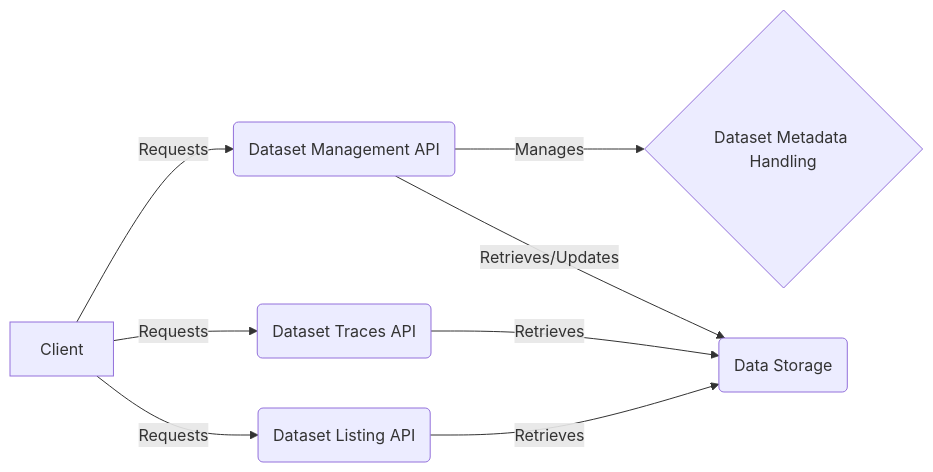
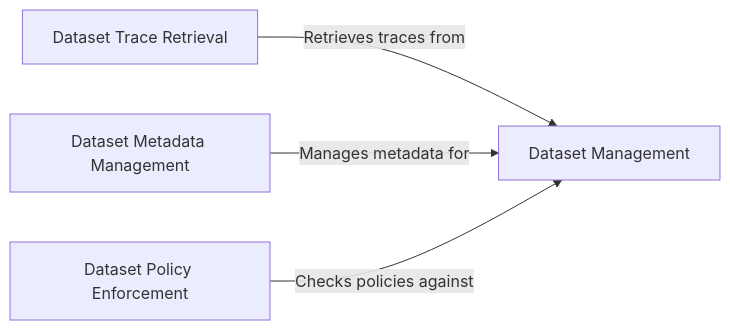
The diagram in explorer/on_boarding.md (CodeBoarding/GeneratedOnBoardings), drawn with Mermaid before and after one commit. The commit also changed other lines of this file and 8 other files, not shown here.

````diff
--- a/explorer/on_boarding.md
+++ b/explorer/on_boarding.md
@@ -5,17 +1,14 @@
 ```mermaid
 graph LR
-    A["Client"] -- Requests --> B("Dataset Management API")
-    B -- Manages --> C{"Dataset Metadata Handling"}
-    B -- Retrieves/Updates --> D("Data Storage")
-    A -- Requests --> E("Dataset Traces API")
-    E -- Retrieves --> D
-    A -- Requests --> F("Dataset Listing API")
-    F -- Retrieves --> D
-
-click A href "https://github.com/CodeBoarding/GeneratedOnBoardings/blob/main/explorer//README.md"
-click B href "https://github.com/CodeBoarding/GeneratedOnBoardings/blob/main/explorer//Dataset%20Management%20API.md"
-click C href "https://github.com/CodeBoarding/GeneratedOnBoardings/blob/main/explorer//Dataset%20Metadata%20Handling.md"
-click D href "https://github.com/CodeBoarding/GeneratedOnBoardings/blob/main/explorer//README.md"
-click E href "https://github.com/CodeBoarding/GeneratedOnBoardings/blob/main/explorer//Dataset%20Traces%20API.md"
-click F href "https://github.com/CodeBoarding/GeneratedOnBoardings/blob/main/explorer//Dataset%20Listing%20API.md"
+    Dataset_Management["Dataset Management"]
+    Dataset_Trace_Retrieval["Dataset Trace Retrieval"]
+    Dataset_Metadata_Management["Dataset Metadata Management"]
+    Dataset_Policy_Enforcement["Dataset Policy Enforcement"]
+    Dataset_Trace_Retrieval -- "Retrieves traces from" --> Dataset_Management
+    Dataset_Metadata_Management -- "Manages metadata for" --> Dataset_Management
+    Dataset_Policy_Enforcement -- "Checks policies against" --> Dataset_Management
+    click Dataset_Management href "https://github.com/CodeBoarding/GeneratedOnBoardings/blob/main/explorer/Dataset Management.md" "Details"
+    click Dataset_Trace_Retrieval href "https://github.com/CodeBoarding/GeneratedOnBoardings/blob/main/explorer/Dataset Trace Retrieval.md" "Details"
+    click Dataset_Metadata_Management href "https://github.com/CodeBoarding/GeneratedOnBoardings/blob/main/explorer/Dataset Metadata Management.md" "Details"
+    click Dataset_Policy_Enforcement href "https://github.com/CodeBoarding/GeneratedOnBoardings/blob/main/explorer/Dataset Policy Enforcement.md" "Details"
 ```
````
